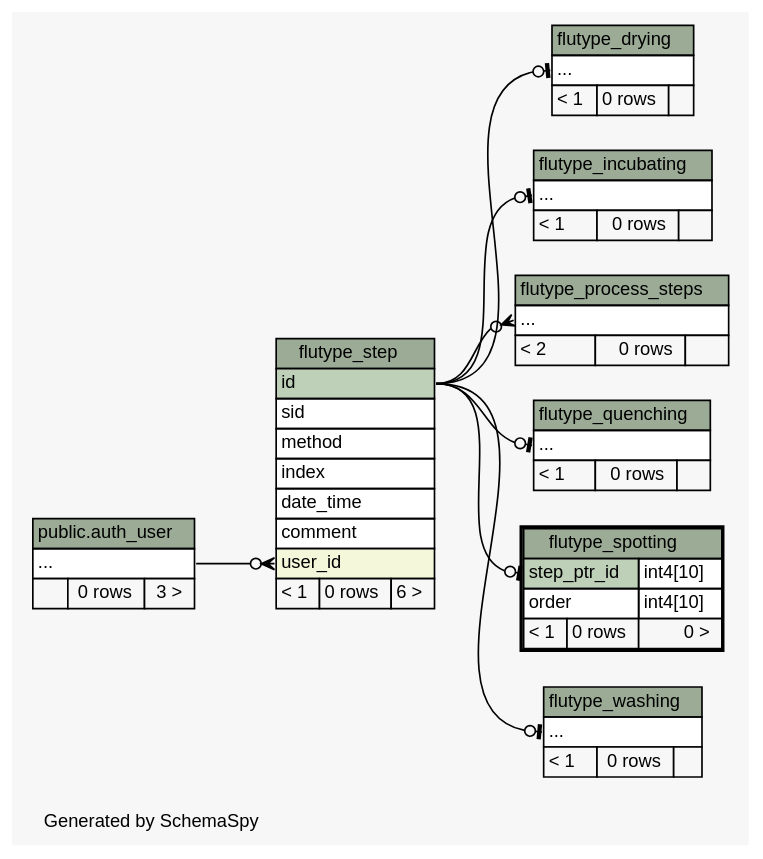
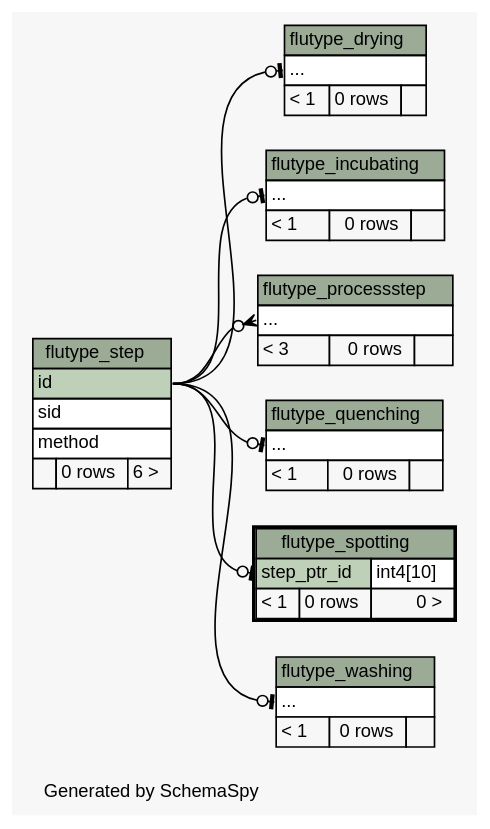
One commit to janekg89/flutype_webapp changed the diagram in docs/schema/diagrams/flutype_spotting.2degrees.dot. Above: the diagram before and after it, drawn with Graphviz. The commit also changed 137 other files, not shown here.

```diff
--- a/docs/schema/diagrams/flutype_spotting.2degrees.dot
+++ b/docs/schema/diagrams/flutype_spotting.2degrees.dot
@@ -1,115 +1,100 @@
 // dot 2.38.0 on Linux 4.10.0-27-generic
 // SchemaSpy rev 590
 digraph "twoDegreesRelationshipsDiagram" {
   graph [
     rankdir="RL"
     bgcolor="#f7f7f7"
     label="\nGenerated by SchemaSpy"
     labeljust="l"
     nodesep="0.18"
     ranksep="0.46"
     fontname="Helvetica"
     fontsize="11"
   ];
   node [
     fontname="Helvetica"
     fontsize="11"
     shape="plaintext"
   ];
   edge [
     arrowsize="0.8"
   ];
   "flutype_drying":"elipses":w -> "flutype_step":"id":e [arrowhead=none dir=back arrowtail=teeodot];
   "flutype_incubating":"elipses":w -> "flutype_step":"id":e [arrowhead=none dir=back arrowtail=teeodot];
-  "flutype_process_steps":"elipses":w -> "flutype_step":"id":e [arrowhead=none dir=back arrowtail=crowodot];
+  "flutype_processstep":"elipses":w -> "flutype_step":"id":e [arrowhead=none dir=back arrowtail=crowodot];
   "flutype_quenching":"elipses":w -> "flutype_step":"id":e [arrowhead=none dir=back arrowtail=teeodot];
   "flutype_spotting":"step_ptr_id":w -> "flutype_step":"id":e [arrowhead=none dir=back arrowtail=teeodot];
-  "flutype_step":"user_id":w -> "public.auth_user":"elipses":e [arrowhead=none dir=back arrowtail=crowodot];
   "flutype_washing":"elipses":w -> "flutype_step":"id":e [arrowhead=none dir=back arrowtail=teeodot];
-  "public.auth_user" [
-    label=<
-    <TABLE BORDER="0" CELLBORDER="1" CELLSPACING="0" BGCOLOR="#ffffff">
-      <TR><TD COLSPAN="3" BGCOLOR="#9bab96" ALIGN="CENTER">public.auth_user</TD></TR>
-      <TR><TD PORT="elipses" COLSPAN="3" ALIGN="LEFT">...</TD></TR>
-      <TR><TD ALIGN="LEFT" BGCOLOR="#f7f7f7">  </TD><TD ALIGN="RIGHT" BGCOLOR="#f7f7f7">0 rows</TD><TD ALIGN="RIGHT" BGCOLOR="#f7f7f7">3 &gt;</TD></TR>
-    </TABLE>>
-    tooltip="public.auth_user"
-  ];
   "flutype_drying" [
     label=<
     <TABLE BORDER="0" CELLBORDER="1" CELLSPACING="0" BGCOLOR="#ffffff">
       <TR><TD COLSPAN="3" BGCOLOR="#9bab96" ALIGN="CENTER">flutype_drying</TD></TR>
       <TR><TD PORT="elipses" COLSPAN="3" ALIGN="LEFT">...</TD></TR>
       <TR><TD ALIGN="LEFT" BGCOLOR="#f7f7f7">&lt; 1</TD><TD ALIGN="RIGHT" BGCOLOR="#f7f7f7">0 rows</TD><TD ALIGN="RIGHT" BGCOLOR="#f7f7f7">  </TD></TR>
     </TABLE>>
     URL="flutype_drying.html"
     tooltip="flutype_drying"
   ];
   "flutype_incubating" [
     label=<
     <TABLE BORDER="0" CELLBORDER="1" CELLSPACING="0" BGCOLOR="#ffffff">
       <TR><TD COLSPAN="3" BGCOLOR="#9bab96" ALIGN="CENTER">flutype_incubating</TD></TR>
       <TR><TD PORT="elipses" COLSPAN="3" ALIGN="LEFT">...</TD></TR>
       <TR><TD ALIGN="LEFT" BGCOLOR="#f7f7f7">&lt; 1</TD><TD ALIGN="RIGHT" BGCOLOR="#f7f7f7">0 rows</TD><TD ALIGN="RIGHT" BGCOLOR="#f7f7f7">  </TD></TR>
     </TABLE>>
     URL="flutype_incubating.html"
     tooltip="flutype_incubating"
   ];
-  "flutype_process_steps" [
+  "flutype_processstep" [
     label=<
     <TABLE BORDER="0" CELLBORDER="1" CELLSPACING="0" BGCOLOR="#ffffff">
-      <TR><TD COLSPAN="3" BGCOLOR="#9bab96" ALIGN="CENTER">flutype_process_steps</TD></TR>
+      <TR><TD COLSPAN="3" BGCOLOR="#9bab96" ALIGN="CENTER">flutype_processstep</TD></TR>
       <TR><TD PORT="elipses" COLSPAN="3" ALIGN="LEFT">...</TD></TR>
-      <TR><TD ALIGN="LEFT" BGCOLOR="#f7f7f7">&lt; 2</TD><TD ALIGN="RIGHT" BGCOLOR="#f7f7f7">0 rows</TD><TD ALIGN="RIGHT" BGCOLOR="#f7f7f7">  </TD></TR>
+      <TR><TD ALIGN="LEFT" BGCOLOR="#f7f7f7">&lt; 3</TD><TD ALIGN="RIGHT" BGCOLOR="#f7f7f7">0 rows</TD><TD ALIGN="RIGHT" BGCOLOR="#f7f7f7">  </TD></TR>
     </TABLE>>
-    URL="flutype_process_steps.html"
-    tooltip="flutype_process_steps"
+    URL="flutype_processstep.html"
+    tooltip="flutype_processstep"
   ];
   "flutype_quenching" [
     label=<
     <TABLE BORDER="0" CELLBORDER="1" CELLSPACING="0" BGCOLOR="#ffffff">
       <TR><TD COLSPAN="3" BGCOLOR="#9bab96" ALIGN="CENTER">flutype_quenching</TD></TR>
       <TR><TD PORT="elipses" COLSPAN="3" ALIGN="LEFT">...</TD></TR>
       <TR><TD ALIGN="LEFT" BGCOLOR="#f7f7f7">&lt; 1</TD><TD ALIGN="RIGHT" BGCOLOR="#f7f7f7">0 rows</TD><TD ALIGN="RIGHT" BGCOLOR="#f7f7f7">  </TD></TR>
     </TABLE>>
     URL="flutype_quenching.html"
     tooltip="flutype_quenching"
   ];
   "flutype_spotting" [
     label=<
     <TABLE BORDER="2" CELLBORDER="1" CELLSPACING="0" BGCOLOR="#ffffff">
       <TR><TD COLSPAN="3" BGCOLOR="#9bab96" ALIGN="CENTER">flutype_spotting</TD></TR>
       <TR><TD PORT="step_ptr_id" COLSPAN="2" BGCOLOR="#bed1b8" ALIGN="LEFT">step_ptr_id</TD><TD PORT="step_ptr_id.type" ALIGN="LEFT">int4[10]</TD></TR>
-      <TR><TD PORT="order" COLSPAN="2" ALIGN="LEFT">order</TD><TD PORT="order.type" ALIGN="LEFT">int4[10]</TD></TR>
       <TR><TD ALIGN="LEFT" BGCOLOR="#f7f7f7">&lt; 1</TD><TD ALIGN="RIGHT" BGCOLOR="#f7f7f7">0 rows</TD><TD ALIGN="RIGHT" BGCOLOR="#f7f7f7">0 &gt;</TD></TR>
     </TABLE>>
     URL="flutype_spotting.html"
     tooltip="flutype_spotting"
   ];
   "flutype_step" [
     label=<
     <TABLE BORDER="0" CELLBORDER="1" CELLSPACING="0" BGCOLOR="#ffffff">
       <TR><TD COLSPAN="3" BGCOLOR="#9bab96" ALIGN="CENTER">flutype_step</TD></TR>
       <TR><TD PORT="id" COLSPAN="3" BGCOLOR="#bed1b8" ALIGN="LEFT">id</TD></TR>
       <TR><TD PORT="sid" COLSPAN="3" ALIGN="LEFT">sid</TD></TR>
       <TR><TD PORT="method" COLSPAN="3" ALIGN="LEFT">method</TD></TR>
-      <TR><TD PORT="index" COLSPAN="3" ALIGN="LEFT">index</TD></TR>
-      <TR><TD PORT="date_time" COLSPAN="3" ALIGN="LEFT">date_time</TD></TR>
-      <TR><TD PORT="comment" COLSPAN="3" ALIGN="LEFT">comment</TD></TR>
-      <TR><TD PORT="user_id" COLSPAN="3" BGCOLOR="#f4f7da" ALIGN="LEFT">user_id</TD></TR>
-      <TR><TD ALIGN="LEFT" BGCOLOR="#f7f7f7">&lt; 1</TD><TD ALIGN="RIGHT" BGCOLOR="#f7f7f7">0 rows</TD><TD ALIGN="RIGHT" BGCOLOR="#f7f7f7">6 &gt;</TD></TR>
+      <TR><TD ALIGN="LEFT" BGCOLOR="#f7f7f7">  </TD><TD ALIGN="RIGHT" BGCOLOR="#f7f7f7">0 rows</TD><TD ALIGN="RIGHT" BGCOLOR="#f7f7f7">6 &gt;</TD></TR>
     </TABLE>>
     URL="flutype_step.html"
     tooltip="flutype_step"
   ];
   "flutype_washing" [
     label=<
     <TABLE BORDER="0" CELLBORDER="1" CELLSPACING="0" BGCOLOR="#ffffff">
       <TR><TD COLSPAN="3" BGCOLOR="#9bab96" ALIGN="CENTER">flutype_washing</TD></TR>
       <TR><TD PORT="elipses" COLSPAN="3" ALIGN="LEFT">...</TD></TR>
       <TR><TD ALIGN="LEFT" BGCOLOR="#f7f7f7">&lt; 1</TD><TD ALIGN="RIGHT" BGCOLOR="#f7f7f7">0 rows</TD><TD ALIGN="RIGHT" BGCOLOR="#f7f7f7">  </TD></TR>
     </TABLE>>
     URL="flutype_washing.html"
     tooltip="flutype_washing"
   ];
 }
```
